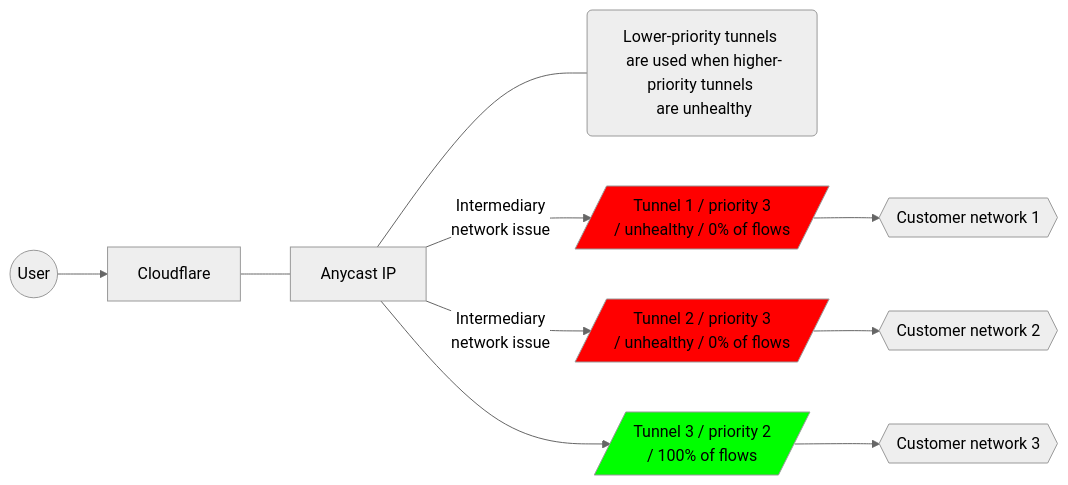
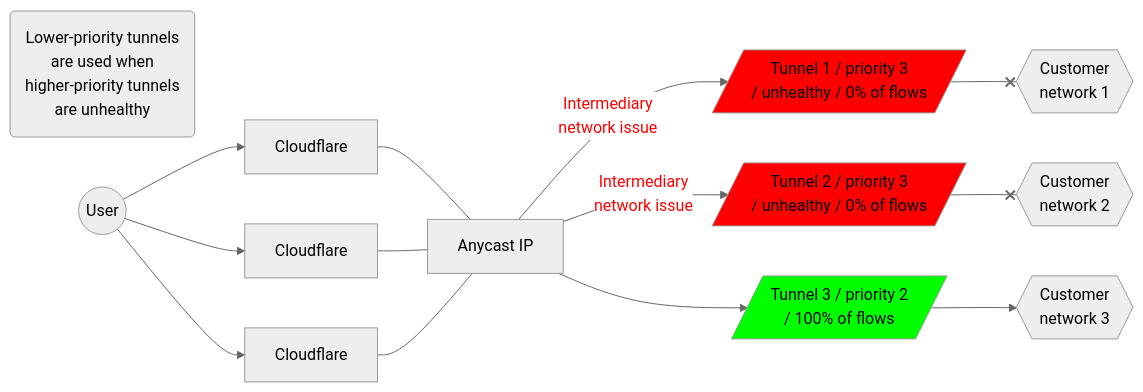
Before and after one commit to cloudflare/cloudflare-docs: the fourth of 4 diagrams in content/magic-wan/reference/traffic-steering.md, drawn with Mermaid (neutral theme). The commit also changed other lines of this file, not shown here.

Commit message:
updated graphics traffic steering mwan

````diff
--- a/content/magic-wan/reference/traffic-steering.md
+++ b/content/magic-wan/reference/traffic-steering.md
@@ -87,11 +89,14 @@
 ```mermaid
 flowchart LR
 classDef red fill:#FF0000
 classDef green fill:#00FF00
 accTitle: Tunnels diagram
 accDescr: The example in this diagram has three tunnel routes. Tunnels 1 and 2 have top priority and Tunnel 3 is secondary.
-A((User)) --> B[Cloudflare] --- C[Anycast IP] --- D(Lower-priority tunnels <br> are used when higher-priority tunnels <br> are unhealthy)
-C[Anycast IP]  -- Intermediary <br> network issue -->  E[/Tunnel 1 / priority 3 <br> / unhealthy / 0% of flows/]:::red --> H{{Customer network 1}}
-C[Anycast IP]  -- Intermediary <br> network issue -->  F[/Tunnel 2 / priority 3 <br> / unhealthy / 0% of flows/]:::red --> I{{Customer network 2}}
-C[Anycast IP] -->  G[/Tunnel 3 / priority 2 <br> / 100% of flows/]:::green --> J{{Customer network 3}}
+D(Lower-priority tunnels <br> are used when <br> higher-priority tunnels <br> are unhealthy)
+A((User)) --> B[Cloudflare] & x[Cloudflare] & z[Cloudflare] --- C[Anycast IP]
+C[Anycast IP]  -- Intermediary <br> network issue -->  E[/Tunnel 1 / priority 3 <br> / unhealthy / 0% of flows/]:::red --x H{{Customer <br> network 1}}
+C[Anycast IP]  -- Intermediary <br> network issue -->  F[/Tunnel 2 / priority 3 <br> / unhealthy / 0% of flows/]:::red --x I{{Customer <br> network 2}}
+C[Anycast IP] -->  G[/Tunnel 3 / priority 2 <br> / 100% of flows/]:::green --> J{{Customer <br> network 3}}
+linkStyle 6 color:red
+linkStyle 8 color:red
 ```
````
